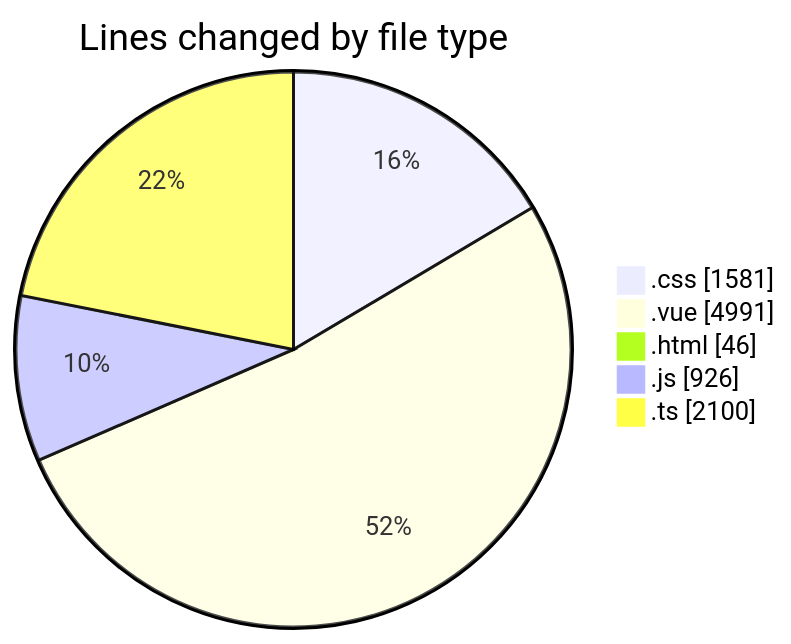
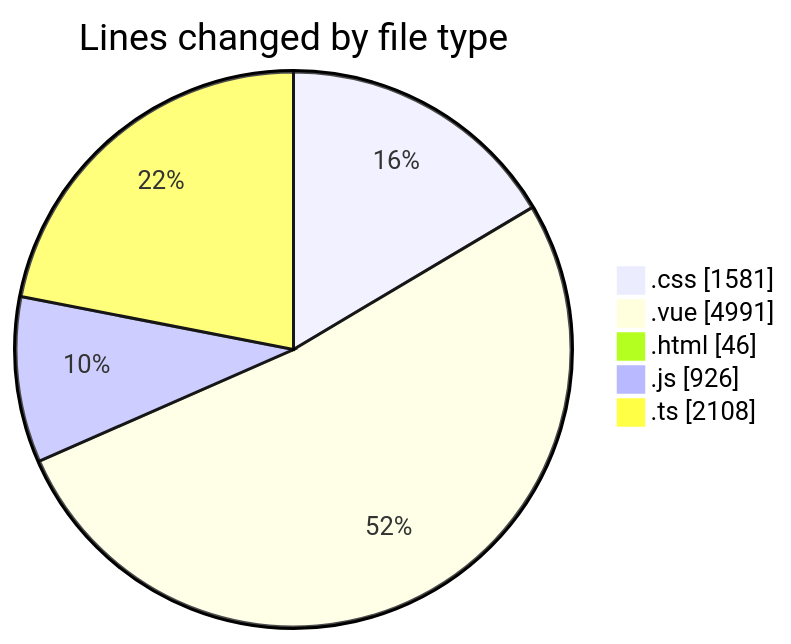
Before and after one commit to lephambinh05/code-tracking: the first of 2 diagrams in 2025-08-18/rentotp/README.md, drawn with Mermaid. The commit also changed other lines of this file and 1 other file, not shown here.

````diff
--- a/2025-08-18/rentotp/README.md
+++ b/2025-08-18/rentotp/README.md
@@ -51,9 +51,9 @@
 ```mermaid
 pie showData
 title Lines changed by file type
 ".css" : 1581
 ".vue" : 4991
 ".html" : 46
 ".js" : 926
-".ts" : 2100
+".ts" : 2108
 ```
````
